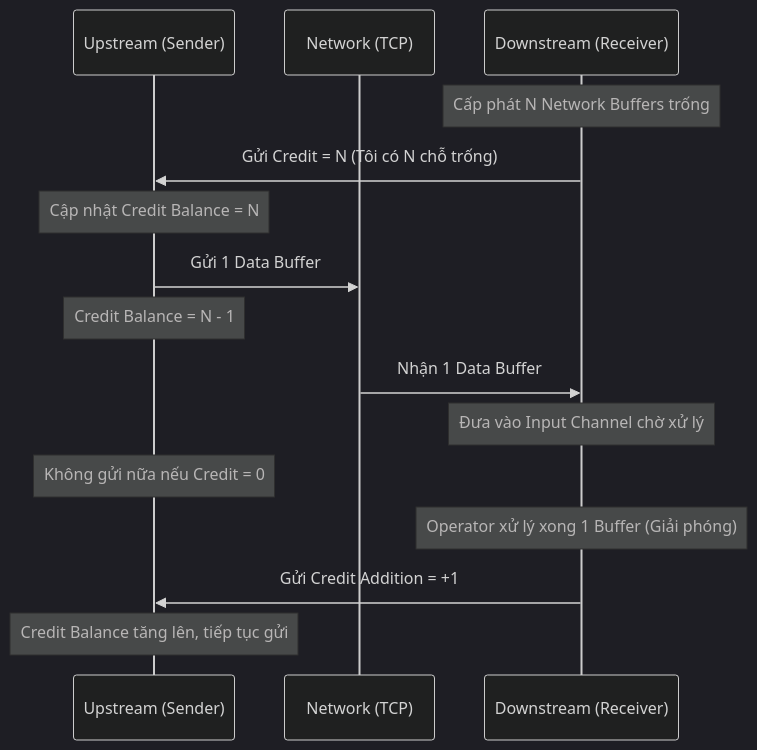
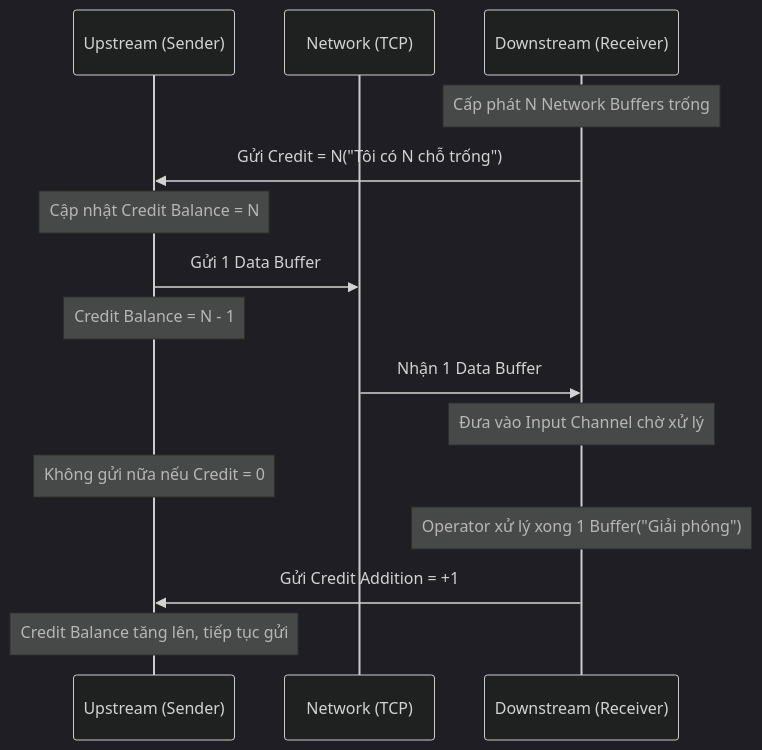
One commit to kythuatdulieu/kythuatdulieu.github.io changed the first of 2 diagrams in src/content/docs/concepts/5-stream-processing-realtime/flink-backpressure.md. Above: the diagram before and after it, drawn with Mermaid (dark theme). The commit also changed other lines of this file and 190 other files, not shown here.

Commit message:
fix: resolve mermaid syntax, math rendering, and metadata issues from content rewrite

````diff
--- a/src/content/docs/concepts/5-stream-processing-realtime/flink-backpressure.md
+++ b/src/content/docs/concepts/5-stream-processing-realtime/flink-backpressure.md
@@ -39,18 +39,18 @@
 ```mermaid
 sequenceDiagram
     participant U as Upstream (Sender)
     participant N as Network (TCP)
     participant D as Downstream (Receiver)
     
     Note over D: Cấp phát N Network Buffers trống
-    D->>U: Gửi Credit = N (Tôi có N chỗ trống)
+    D->>U: Gửi Credit = N("Tôi có N chỗ trống")
     Note over U: Cập nhật Credit Balance = N
     U->>N: Gửi 1 Data Buffer
     Note over U: Credit Balance = N - 1
     N->>D: Nhận 1 Data Buffer
     Note over D: Đưa vào Input Channel chờ xử lý
     Note over U: Không gửi nữa nếu Credit = 0
-    Note over D: Operator xử lý xong 1 Buffer (Giải phóng)
+    Note over D: Operator xử lý xong 1 Buffer("Giải phóng")
     D->>U: Gửi Credit Addition = +1
     Note over U: Credit Balance tăng lên, tiếp tục gửi
 ```
````
